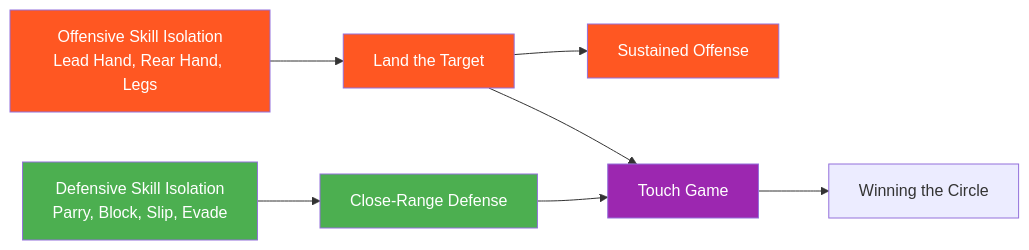
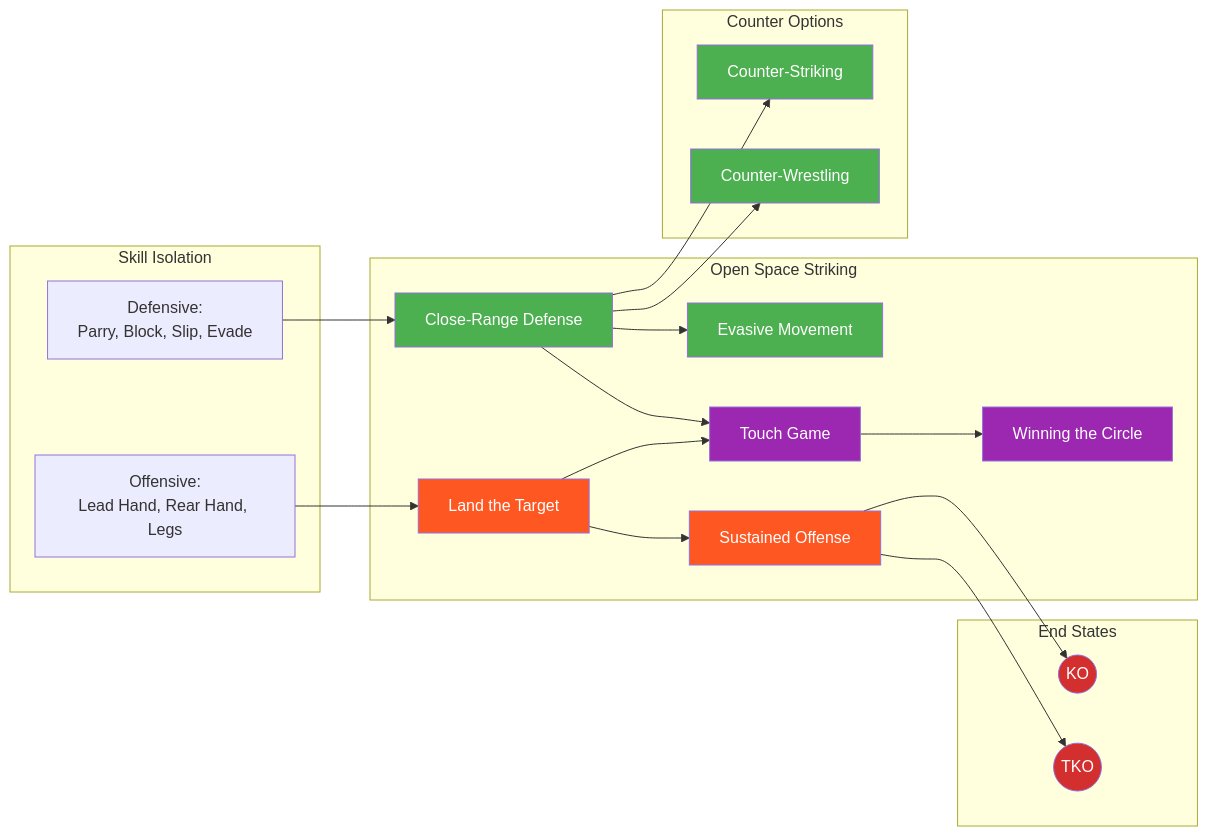
Before and after one commit to ACalienes/Ecological-MMA-Game-System: the third of 7 diagrams in docs/system/map.md, drawn with Mermaid. The commit also changed other lines of this file and 18 other files, not shown here.

````diff
--- a/docs/system/map.md
+++ b/docs/system/map.md
@@ -208,16 +273,49 @@
 ```mermaid
 flowchart LR
-    A[Defensive Skill Isolation<br/>Parry, Block, Slip, Evade] --> B[Close-Range Defense]
-    C[Offensive Skill Isolation<br/>Lead Hand, Rear Hand, Legs] --> D[Land the Target]
-    D --> E[Sustained Offense]
-    B --> F[Touch Game]
-    D --> F
-    F --> G[Winning the Circle]
+    subgraph SKILL["Skill Isolation"]
+        DEF_SK[Defensive:<br/>Parry, Block, Slip, Evade]
+        OFF_SK[Offensive:<br/>Lead Hand, Rear Hand, Legs]
+    end
 
-    style A fill:#4CAF50,color:#fff
-    style B fill:#4CAF50,color:#fff
-    style C fill:#FF5722,color:#fff
-    style D fill:#FF5722,color:#fff
-    style E fill:#FF5722,color:#fff
-    style F fill:#9C27B0,color:#fff
+    subgraph STRIKING["Open Space Striking"]
+        CRD[Close-Range Defense]
+        EM[Evasive Movement]
+        LT[Land the Target]
+        SO[Sustained Offense]
+        TG[Touch Game]
+        WC[Winning the Circle]
+    end
+
+    subgraph COUNTER["Counter Options"]
+        CS[Counter-Striking]
+        CW[Counter-Wrestling]
+    end
+
+    subgraph FINISH["End States"]
+        KO((KO))
+        TKO((TKO))
+    end
+
+    DEF_SK --> CRD
+    OFF_SK --> LT
+    CRD --> TG
+    CRD --> EM
+    CRD --> CS
+    CRD --> CW
+    LT --> TG
+    LT --> SO
+    TG --> WC
+    SO --> KO
+    SO --> TKO
+
+    style CRD fill:#4CAF50,color:#fff
+    style EM fill:#4CAF50,color:#fff
+    style CS fill:#4CAF50,color:#fff
+    style CW fill:#4CAF50,color:#fff
+    style LT fill:#FF5722,color:#fff
+    style SO fill:#FF5722,color:#fff
+    style TG fill:#9C27B0,color:#fff
+    style WC fill:#9C27B0,color:#fff
+    style KO fill:#D32F2F,color:#fff
+    style TKO fill:#D32F2F,color:#fff
 ```
````
